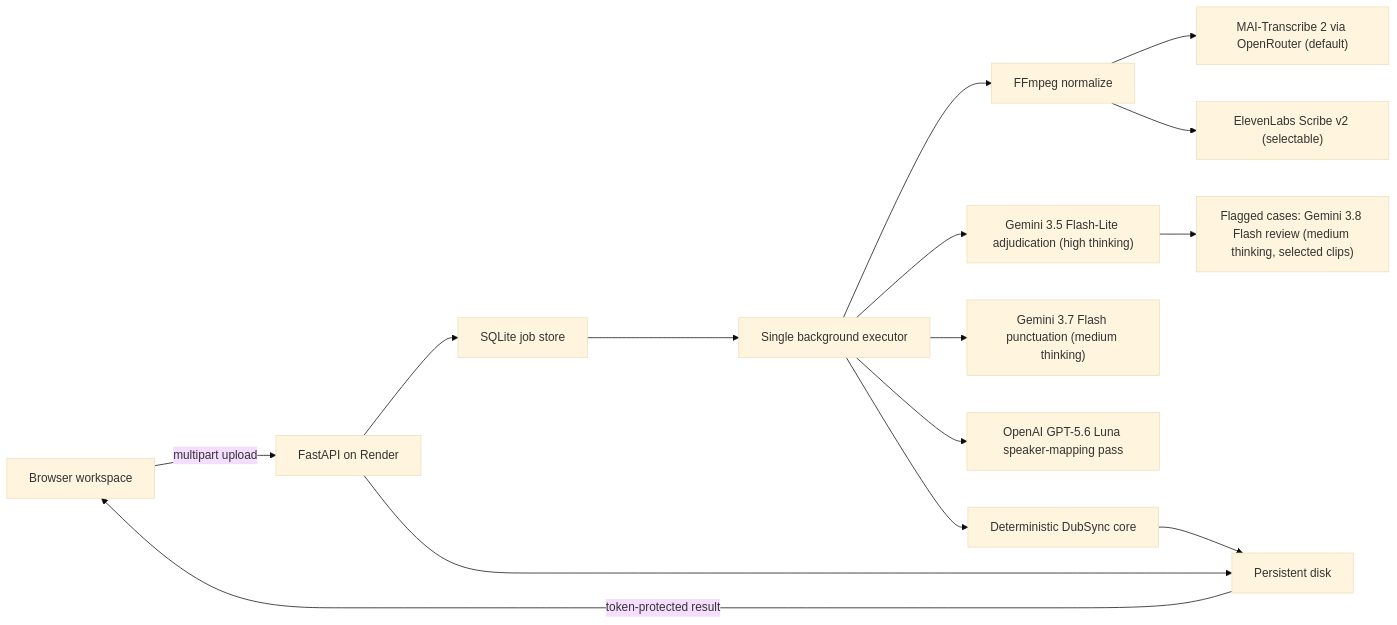
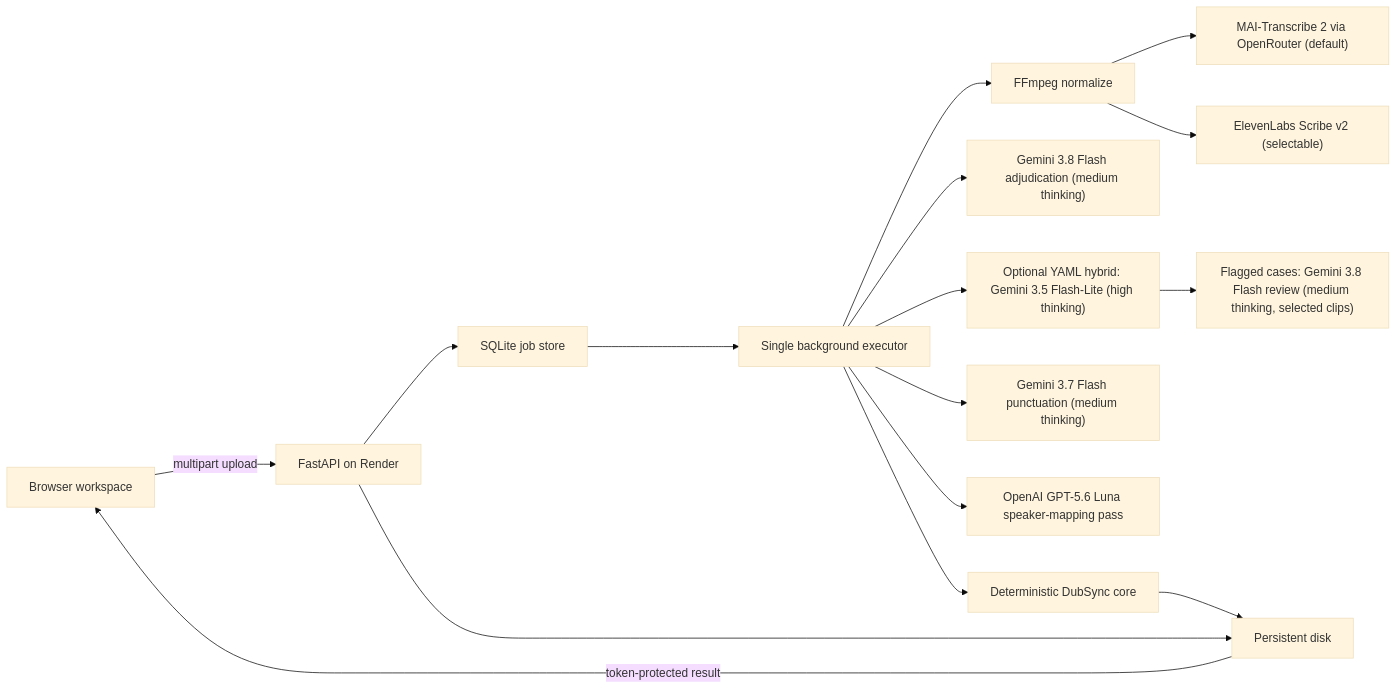
One commit to feelinglocal/DubSync changed the diagram in docs/COMMERCIAL_PLAN.md. Above: the diagram before and after it, drawn with Mermaid (base theme). The commit also changed other lines of this file and 76 other files, not shown here.

````diff
--- a/docs/COMMERCIAL_PLAN.md
+++ b/docs/COMMERCIAL_PLAN.md
@@ -62,17 +66,18 @@
 ```mermaid
 flowchart LR
     B["Browser workspace"] -->|"multipart upload"| A["FastAPI on Render"]
     A --> J["SQLite job store"]
     A --> D["Persistent disk"]
     J --> W["Single background executor"]
     W --> F["FFmpeg normalize"]
     F --> M["MAI-Transcribe 2 via OpenRouter (default)"]
     F --> E["ElevenLabs Scribe v2 (selectable)"]
-    W --> G["Gemini 3.5 Flash-Lite adjudication (high thinking)"]
-    G --> R["Flagged cases: Gemini 3.8 Flash review (medium thinking, selected clips)"]
+    W --> G["Gemini 3.8 Flash adjudication (medium thinking)"]
+    W --> L["Optional YAML hybrid: Gemini 3.5 Flash-Lite (high thinking)"]
+    L --> R["Flagged cases: Gemini 3.8 Flash review (medium thinking, selected clips)"]
     W --> P["Gemini 3.7 Flash punctuation (medium thinking)"]
     W --> H["OpenAI GPT-5.6 Luna speaker-mapping pass"]
     W --> C["Deterministic DubSync core"]
     C --> D
     D -->|"token-protected result"| B
 ```
````
